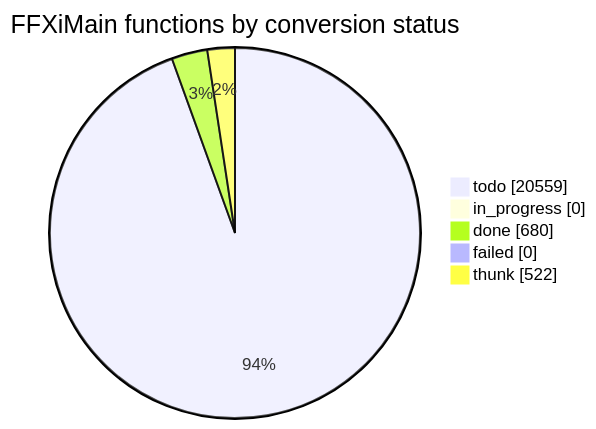
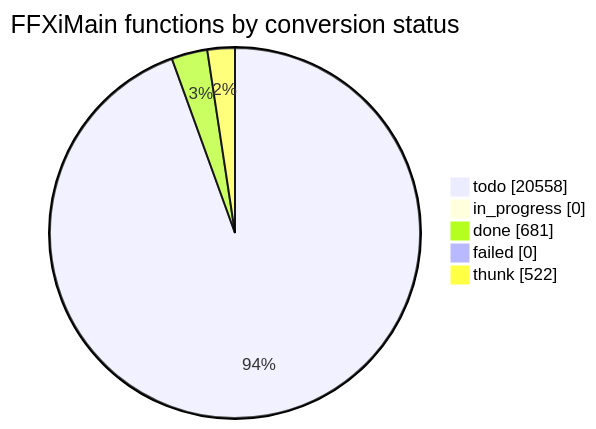
One commit to cowrevenge/cow_kuluu_xi_anything changed the diagram in docs/cow/STATUS.md. Above: the diagram before and after it, drawn with Mermaid. The commit also changed other lines of this file and 9 other files, not shown here.

````diff
--- a/docs/cow/STATUS.md
+++ b/docs/cow/STATUS.md
@@ -18,9 +18,9 @@
 ```mermaid
 pie showData
     title FFXiMain functions by conversion status
-    "todo" : 20559
+    "todo" : 20558
     "in_progress" : 0
-    "done" : 680
+    "done" : 681
     "failed" : 0
     "thunk" : 522
 ```
````
